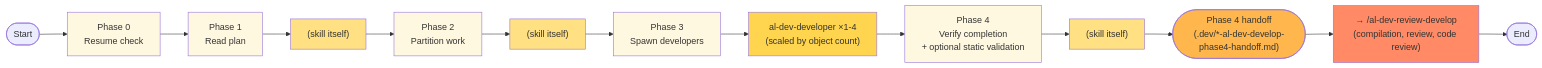
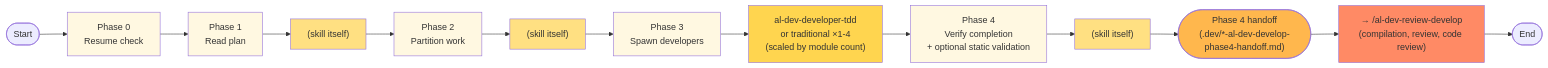
The sixth of 21 diagrams in docs/al-dev-skills-map.md (russell-laing/al-dev-shared), drawn with Mermaid before and after one commit. The commit also changed other lines of this file, not shown here.

Commit message:
docs(skill-map): refresh developer split and skill scope

````diff
--- a/docs/al-dev-skills-map.md
+++ b/docs/al-dev-skills-map.md
@@ -217,27 +217,27 @@
 ```mermaid
 flowchart LR
     Start([Start]) --> Phase0["Phase 0<br/>Resume check"]
     Phase0 --> Phase1["Phase 1<br/>Read plan"]
     Phase1 --> SkillWork1["(skill itself)"]
     SkillWork1 --> Phase2["Phase 2<br/>Partition work"]
     Phase2 --> SkillWork2["(skill itself)"]
     SkillWork2 --> Phase3["Phase 3<br/>Spawn developers"]
-    Phase3 --> DevAgent["al-dev-developer ×1-4<br/>(scaled by object count)"]
+    Phase3 --> DevAgent["al-dev-developer-tdd<br/>or traditional ×1-4<br/>(scaled by module count)"]
     DevAgent --> Phase4["Phase 4<br/>Verify completion<br/>+ optional static validation"]
     Phase4 --> SkillWork3["(skill itself)"]
     SkillWork3 --> Handoff(["Phase 4 handoff<br/>(.dev/*-al-dev-develop-phase4-handoff.md)"])
     Handoff --> ReviewDevelop["→ /al-dev-review-develop<br/>(compilation, review, code review)"]
     ReviewDevelop --> End([End])
 
     style Phase0 fill:#fff8e1
     style Phase1 fill:#fff8e1
     style Phase2 fill:#fff8e1
     style Phase3 fill:#fff8e1
     style Phase4 fill:#fff8e1
     style SkillWork1 fill:#ffe082
     style SkillWork2 fill:#ffe082
     style SkillWork3 fill:#ffe082
     style DevAgent fill:#ffd54f
     style Handoff fill:#ffb74d
     style ReviewDevelop fill:#ff8a65
 ```
````
